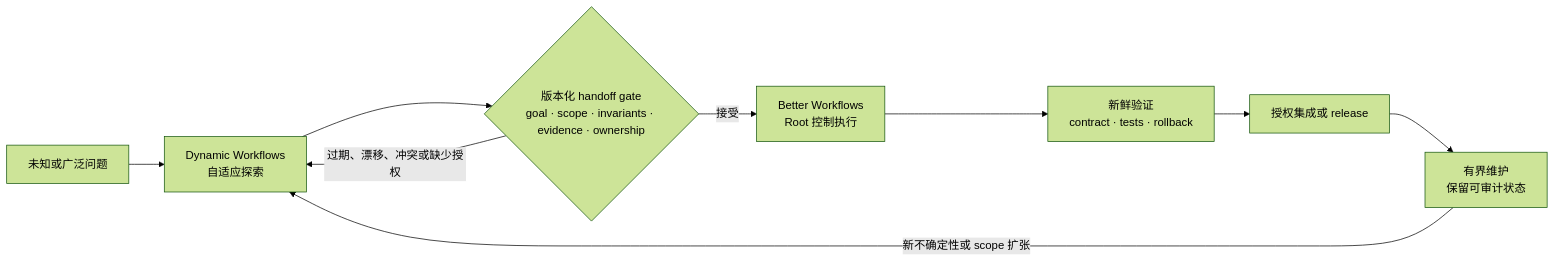
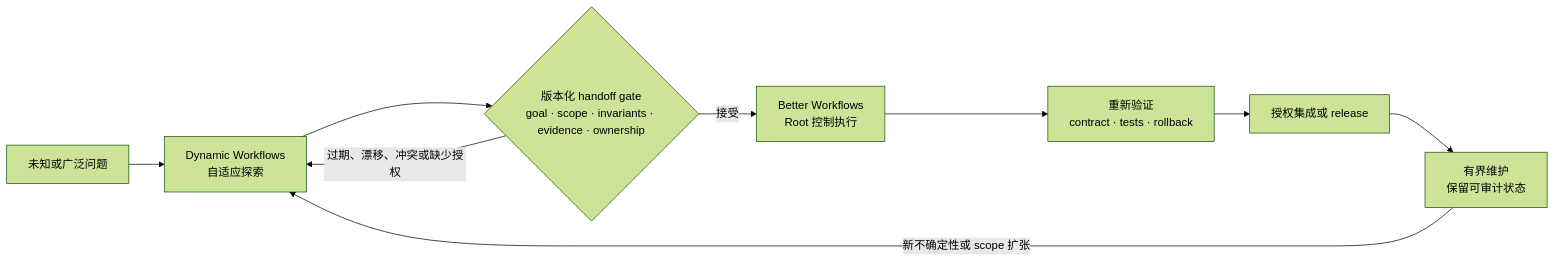
The first of 4 diagrams in docs/details/zh-CN.md (stephen-taipei/better-workflows), drawn with Mermaid (forest theme) before and after one commit. The commit also changed other lines of this file and 83 other files, not shown here.

````diff
--- a/docs/details/zh-CN.md
+++ b/docs/details/zh-CN.md
@@ -69,11 +69,11 @@
 ```mermaid
 flowchart LR
   A["未知或广泛问题"] --> B["Dynamic Workflows<br/>自适应探索"]
   B --> C{"版本化 handoff gate<br/>goal · scope · invariants · evidence · ownership"}
   C -- "过期、漂移、冲突或缺少授权" --> B
   C -- "接受" --> D["Better Workflows<br/>Root 控制执行"]
-  D --> E["新鲜验证<br/>contract · tests · rollback"]
+  D --> E["重新验证<br/>contract · tests · rollback"]
   E --> F["授权集成或 release"]
   F --> G["有界维护<br/>保留可审计状态"]
   G -- "新不确定性或 scope 扩张" --> B
 ```
````
